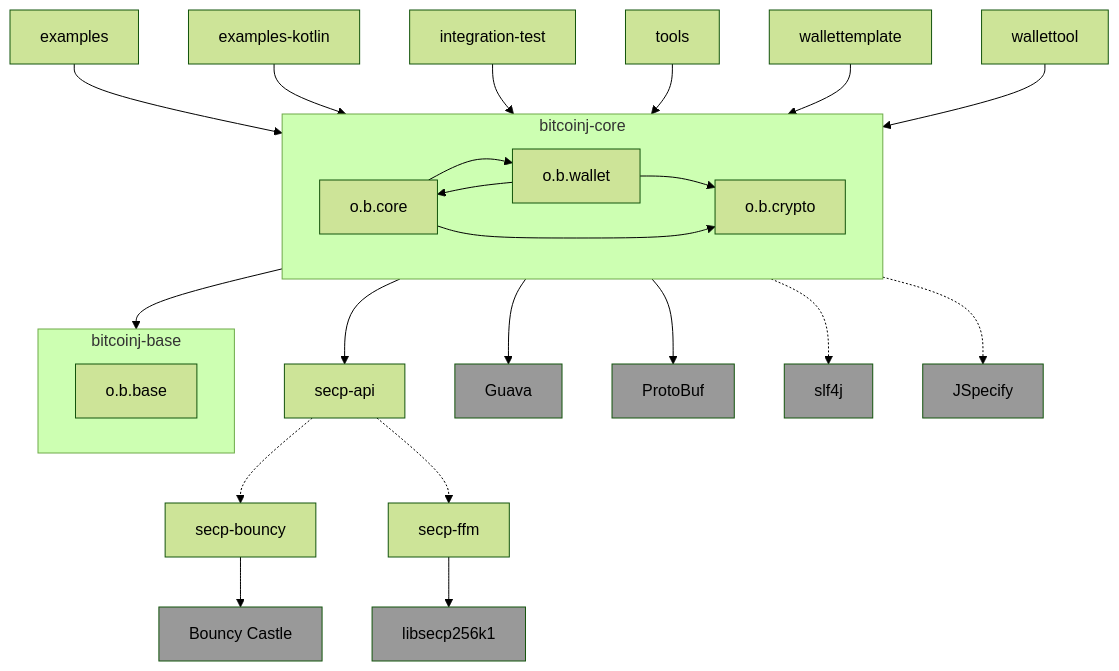
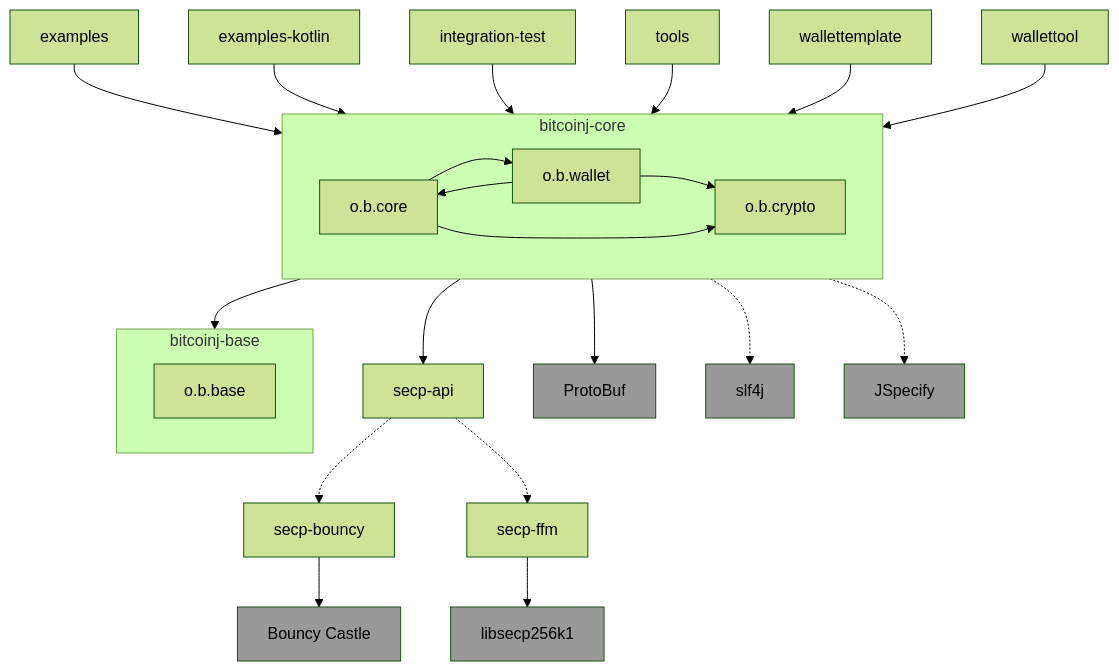
Before and after one commit to bitcoinj/bitcoinj: the third of 4 diagrams in designdocs/modular-architecture.md, drawn with Mermaid (forest theme).

Commit message:
modular-architecture.md: Remove Guava in 0.18

`````diff
--- a/designdocs/modular-architecture.md
+++ b/designdocs/modular-architecture.md
@@ -66,31 +66,30 @@
 ````mermaid
 flowchart TD
     EJ[examples] --> CORE
     EK[examples-kotlin] --> CORE
     IT[integration-test] --> CORE
     T[tools] --> CORE
     FX[wallettemplate] --> CORE
     WT[wallettool] --> CORE
     subgraph CORE [bitcoinj-core]
         CO --> W
         W[o.b.wallet] --> CO[o.b.core]
         W --> CR[o.b.crypto]
         CO --> CR
     end
     CORE --> BASE
     subgraph BASE [bitcoinj-base]
         B[o.b.base]
     end
     CORE --> SECP[secp-api]
     SECP .-> SECPBC[secp-bouncy]
     SECP .-> SECPFFM[secp-ffm]
     SECPBC --> BC[Bouncy Castle]
     SECPFFM --> SECPC[libsecp256k1]
-    CORE --> G[Guava]
     CORE --> P[ProtoBuf]
     CORE .-> S[slf4j]
     CORE .-> JS[JSpecify]
 
 classDef external fill:#999;
 class G,S,JS,BC,SECPC,P external;
 ````
`````
